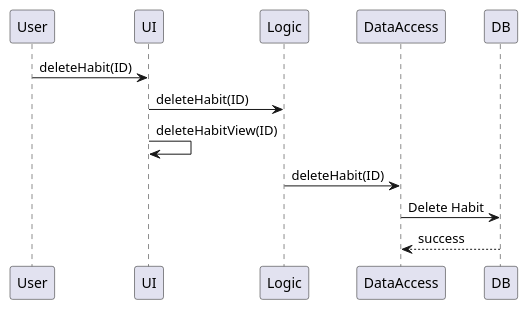
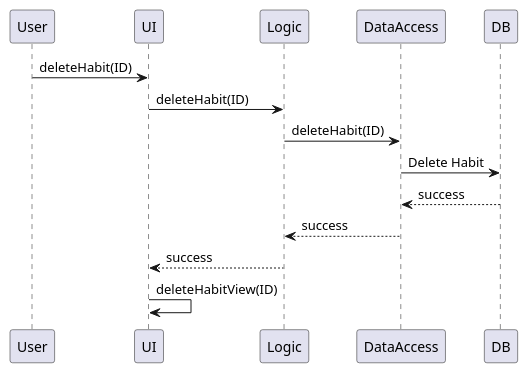
Before and after one commit to marceljki/goalz: the diagram in documentation/arc42_doc/plantuml/deleteHabit.puml, drawn with PlantUML. The commit also changed 2 other files, not shown here.

Commit message:
Update uml

```diff
--- a/documentation/arc42_doc/plantuml/deleteHabit.puml
+++ b/documentation/arc42_doc/plantuml/deleteHabit.puml
@@ -1,8 +1,10 @@
 @startuml
 User -> UI: deleteHabit(ID)
 UI -> Logic: deleteHabit(ID)
-UI -> UI: deleteHabitView(ID)
 Logic -> DataAccess: deleteHabit(ID)
 DataAccess -> DB: Delete Habit
 DB --> DataAccess: success
+DataAccess --> Logic: success
+Logic --> UI: success
+UI -> UI: deleteHabitView(ID)
 @enduml
```
